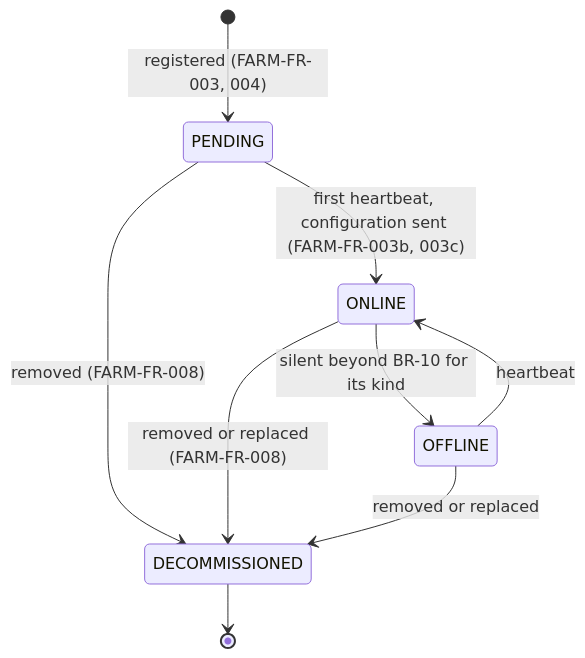
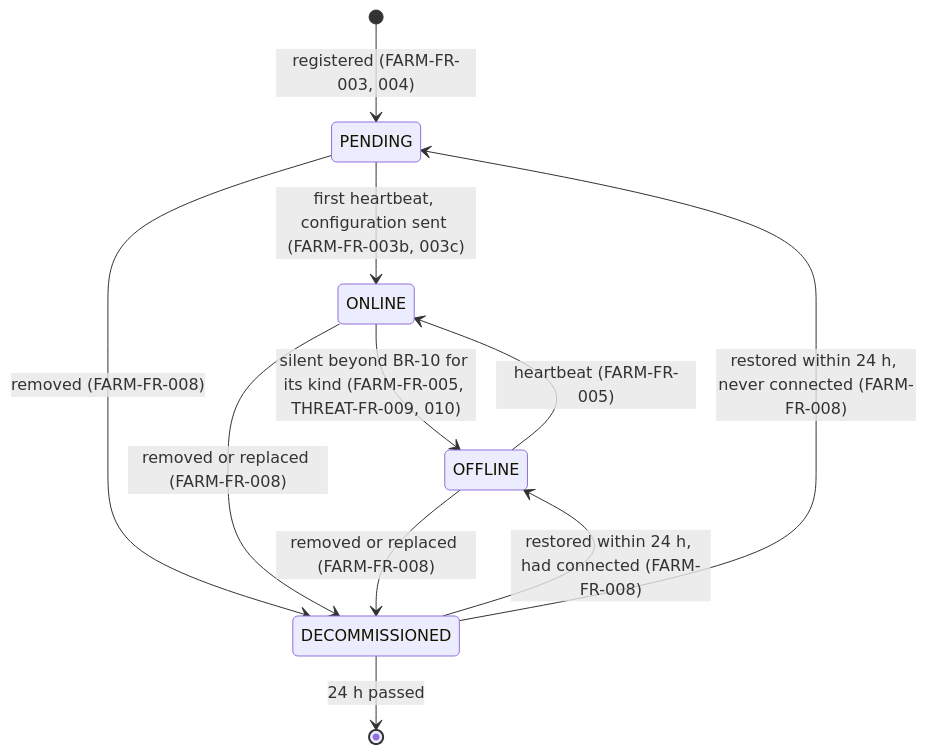
Before and after one commit to NBao261/SwiftletCare_KLTN: the ninth of 40 diagrams in docs/reports/report4-sdd.md, drawn with Mermaid. The commit also changed other lines of this file and 5 other files, not shown here.

````diff
--- a/docs/reports/report4-sdd.md
+++ b/docs/reports/report4-sdd.md
@@ -1094,11 +1100,13 @@
 ```mermaid
 stateDiagram-v2
   [*] --> PENDING : registered (FARM-FR-003, 004)
   PENDING --> ONLINE : first heartbeat, configuration sent (FARM-FR-003b, 003c)
-  ONLINE --> OFFLINE : silent beyond BR-10 for its kind
-  OFFLINE --> ONLINE : heartbeat
+  ONLINE --> OFFLINE : silent beyond BR-10 for its kind (FARM-FR-005, THREAT-FR-009, 010)
+  OFFLINE --> ONLINE : heartbeat (FARM-FR-005)
   PENDING --> DECOMMISSIONED : removed (FARM-FR-008)
   ONLINE --> DECOMMISSIONED : removed or replaced (FARM-FR-008)
-  OFFLINE --> DECOMMISSIONED : removed or replaced
-  DECOMMISSIONED --> [*]
+  OFFLINE --> DECOMMISSIONED : removed or replaced (FARM-FR-008)
+  DECOMMISSIONED --> OFFLINE : restored within 24 h, had connected (FARM-FR-008)
+  DECOMMISSIONED --> PENDING : restored within 24 h, never connected (FARM-FR-008)
+  DECOMMISSIONED --> [*] : 24 h passed
 ```
````
